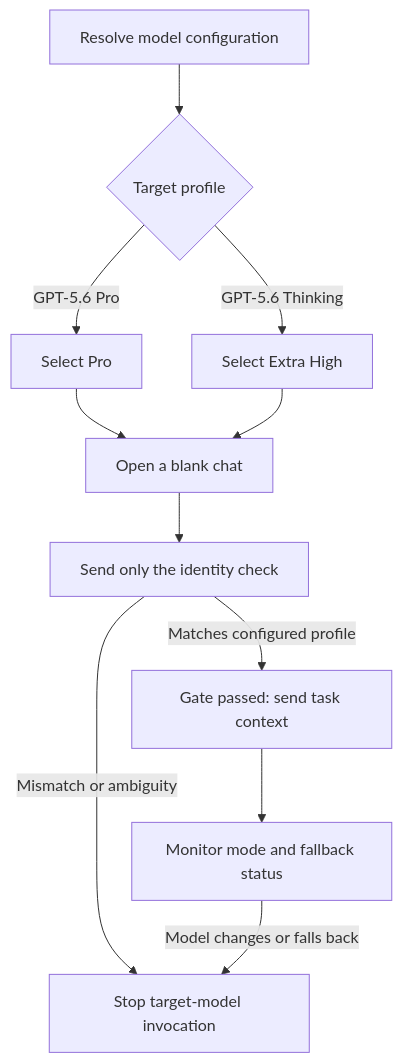
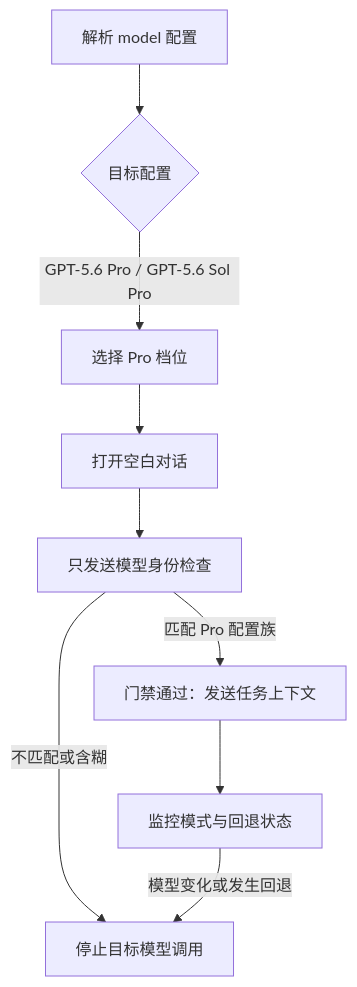
One commit to jay6697117/gpt-thinking-pro-collab-skill changed the diagram in README.md. Above: the diagram before and after it, drawn with Mermaid. The commit also changed other lines of this file and 4 other files, not shown here.

Commit message:
feat: 统一 README 默认模型为 GPT-5.6 Pro，并完成全篇中文化

````diff
--- a/README.md
+++ b/README.md
@@ -123,13 +122,11 @@
 ```mermaid
 flowchart TD
-    CONFIG["Resolve model configuration"] --> PROFILE{"Target profile"}
-    PROFILE -->|"GPT-5.6 Pro"| PRO["Select Pro"]
-    PROFILE -->|"GPT-5.6 Thinking"| THINKING["Select Extra High"]
-    PRO --> CHAT["Open a blank chat"]
-    THINKING --> CHAT
-    CHAT --> ASK["Send only the identity check"]
-    ASK -->|"Matches configured profile"| PASS["Gate passed: send task context"]
-    ASK -->|"Mismatch or ambiguity"| FAIL["Stop target-model invocation"]
-    PASS --> WATCH["Monitor mode and fallback status"]
-    WATCH -->|"Model changes or falls back"| FAIL
+    CONFIG["解析 model 配置"] --> PROFILE{"目标配置"}
+    PROFILE -->|"GPT-5.6 Pro / GPT-5.6 Sol Pro"| PRO["选择 Pro 档位"]
+    PRO --> CHAT["打开空白对话"]
+    CHAT --> ASK["只发送模型身份检查"]
+    ASK -->|"匹配 Pro 配置族"| PASS["门禁通过：发送任务上下文"]
+    ASK -->|"不匹配或含糊"| FAIL["停止目标模型调用"]
+    PASS --> WATCH["监控模式与回退状态"]
+    WATCH -->|"模型变化或发生回退"| FAIL
 ```
````
